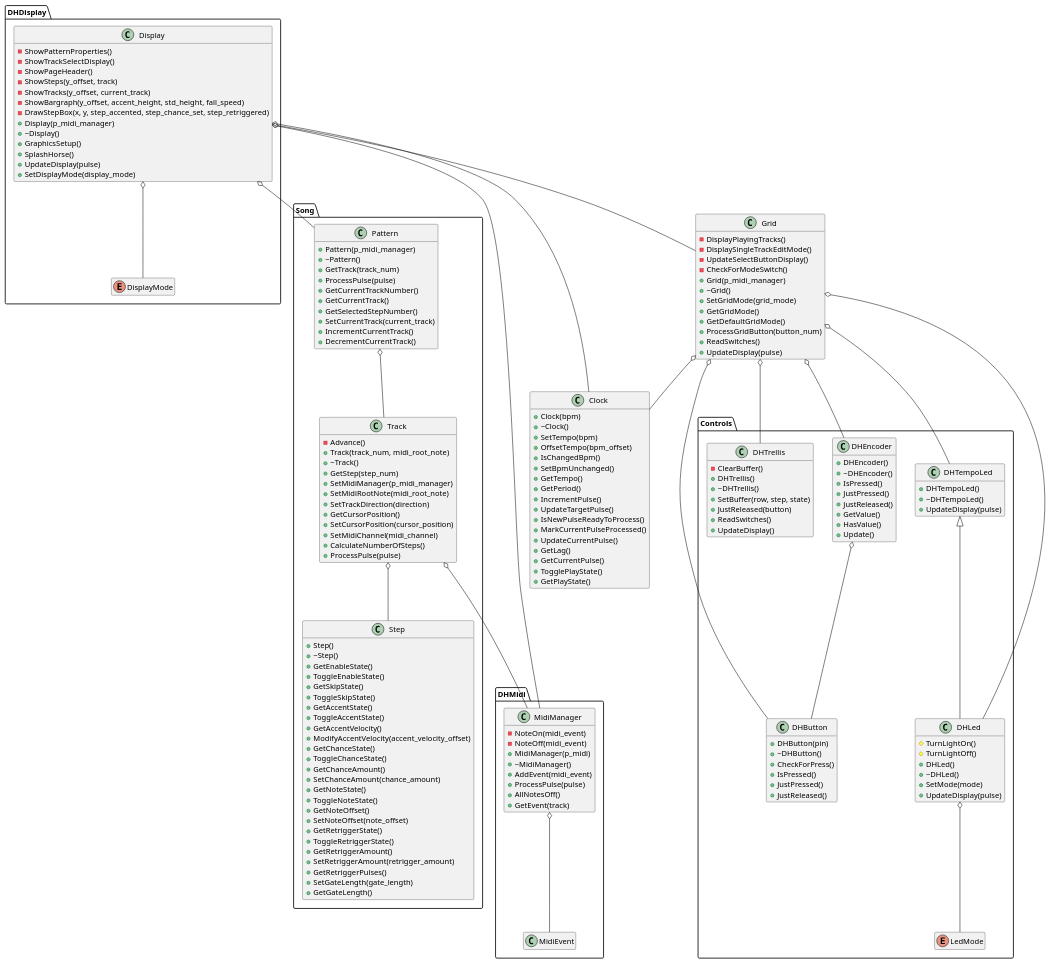
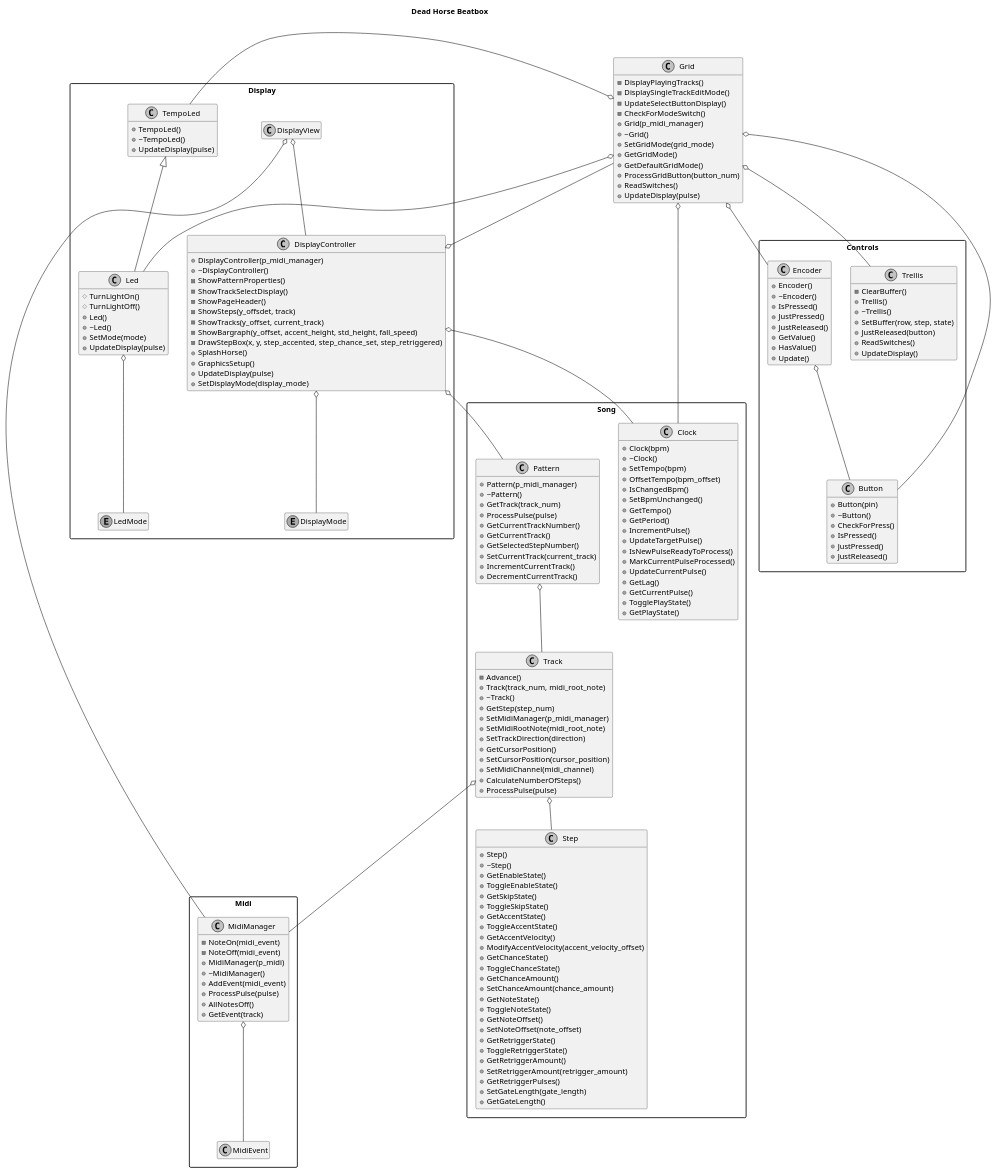
The diagram in documentation/DeadHorse.wsd (jsiemasko/DeadHorseBeatBox), drawn with PlantUML before and after one commit. The commit also changed 31 other files, not shown here.

```diff
--- a/documentation/DeadHorse.wsd
+++ b/documentation/DeadHorse.wsd
@@ -1,179 +1,187 @@
-@startuml
+@startuml Dead Horse Beatbox
+Title "Dead Horse Beatbox"
 hide empty members
+skinparam monochrome true
+skinparam packageStyle rect
+skinparam defaultFontName FG Virgil
+skinparam shadowing false
 
-enum Controls.LedMode
-enum DHDisplay.DisplayMode
-class Controls.DHButton{
-    +DHButton(pin)
-    +~DHButton()
+enum Display.LedMode
+enum Display.DisplayMode
+class Controls.Button{
+    +Button(pin)
+    +~Button()
     +CheckForPress()
     +IsPressed()
     +JustPressed()
     +JustReleased()
 }
-class Controls.DHEncoder{
-    +DHEncoder()
-    +~DHEncoder()
+class Controls.Encoder{
+    +Encoder()
+    +~Encoder()
     +IsPressed()
     +JustPressed()
     +JustReleased()
     +GetValue()
     +HasValue()
     +Update()
 }
-class Controls.DHLed{
+class Display.Led{
     #TurnLightOn()
     #TurnLightOff()
-    +DHLed()
-    +~DHLed()
+    +Led()
+    +~Led()
     +SetMode(mode)
     +UpdateDisplay(pulse)
 }
-class Controls.DHTempoLed{
-    +DHTempoLed()
-    +~DHTempoLed()
+class Display.TempoLed{
+    +TempoLed()
+    +~TempoLed()
     +UpdateDisplay(pulse)
 }
-class Controls.DHTrellis{
+class Controls.Trellis{
     -ClearBuffer()
-    +DHTrellis()
-    +~DHTrellis()
+    +Trellis()
+    +~Trellis()
     +SetBuffer(row, step, state)
     +JustReleased(button)
     +ReadSwitches()
     +UpdateDisplay()
 }
-class Clock{
+class Song.Clock{
     +Clock(bpm)
     +~Clock()
     +SetTempo(bpm)
     +OffsetTempo(bpm_offset)
     +IsChangedBpm()
     +SetBpmUnchanged()
     +GetTempo()
     +GetPeriod()
     +IncrementPulse()
     +UpdateTargetPulse()
 	+IsNewPulseReadyToProcess()
 	+MarkCurrentPulseProcessed()
 	+UpdateCurrentPulse()
 	+GetLag()
 	+GetCurrentPulse()
 	+TogglePlayState()
 	+GetPlayState()
 }
-class DHDisplay.Display{
+class Display.DisplayView{
+}
+class Display.DisplayController{
+    +DisplayController(p_midi_manager)
+    +~DisplayController()
     -ShowPatternProperties()
     -ShowTrackSelectDisplay()
     -ShowPageHeader()
-    -ShowSteps(y_offset, track)
+    -ShowSteps(y_offsdet, track)
     -ShowTracks(y_offset, current_track)
     -ShowBargraph(y_offset, accent_height, std_height, fall_speed)
     -DrawStepBox(x, y, step_accented, step_chance_set, step_retriggered)
-    +Display(p_midi_manager)
-    +~Display()
+    +SplashHorse()
     +GraphicsSetup()
-    +SplashHorse()
     +UpdateDisplay(pulse)
     +SetDisplayMode(display_mode)
 }
 class Grid{
     -DisplayPlayingTracks()
 	-DisplaySingleTrackEditMode()
 	-UpdateSelectButtonDisplay()
 	-CheckForModeSwitch()
 	+Grid(p_midi_manager)
 	+~Grid()
 	+SetGridMode(grid_mode)
 	+GetGridMode()
 	+GetDefaultGridMode()
 	+ProcessGridButton(button_num)
 	+ReadSwitches()
 	+UpdateDisplay(pulse)
 }
-class DHMidi.MidiManager{
+class Midi.MidiManager{
     -NoteOn(midi_event)
     -NoteOff(midi_event)
     +MidiManager(p_midi)
 	+~MidiManager()
 	+AddEvent(midi_event)
 	+ProcessPulse(pulse)
 	+AllNotesOff()
 	+GetEvent(track)
 
 }
-Class DHMidi.MidiEvent
+Class Midi.MidiEvent
 Class Song.Pattern{
     +Pattern(p_midi_manager)
 	+~Pattern()
     +GetTrack(track_num)
     +ProcessPulse(pulse)
     +GetCurrentTrackNumber()
 	+GetCurrentTrack()
 	+GetSelectedStepNumber()
 	+SetCurrentTrack(current_track)
 	+IncrementCurrentTrack()
 	+DecrementCurrentTrack()
 }
 Class Song.Step{
     +Step()
 	+~Step()
 	+GetEnableState()
 	+ToggleEnableState()
     +GetSkipState()
     +ToggleSkipState()
 	+GetAccentState()
 	+ToggleAccentState()
 	+GetAccentVelocity()
 	+ModifyAccentVelocity(accent_velocity_offset)
 	+GetChanceState()
 	+ToggleChanceState()
 	+GetChanceAmount()
 	+SetChanceAmount(chance_amount)
 	+GetNoteState()
 	+ToggleNoteState()
 	+GetNoteOffset()
 	+SetNoteOffset(note_offset)
 	+GetRetriggerState()
 	+ToggleRetriggerState()
 	+GetRetriggerAmount()
 	+SetRetriggerAmount(retrigger_amount)
 	+GetRetriggerPulses()
     +SetGateLength(gate_length)
 	+GetGateLength()
 }
 Class Song.Track{
     -Advance()
     +Track(track_num, midi_root_note)
 	+~Track()
     +GetStep(step_num)
 	+SetMidiManager(p_midi_manager)
 	+SetMidiRootNote(midi_root_note)
 	+SetTrackDirection(direction)
 	+GetCursorPosition()
 	+SetCursorPosition(cursor_position)
 	+SetMidiChannel(midi_channel)
 	+CalculateNumberOfSteps()
 	+ ProcessPulse(pulse)
 }
 
-Controls.DHEncoder o-- Controls.DHButton
-Controls.DHTempoLed <|-- Controls.DHLed
-DHDisplay.Display o-- DHMidi.MidiManager
-DHDisplay.Display o-- Song.Pattern
-DHDisplay.Display o-- Clock
-DHDisplay.Display o-- Grid
+Controls.Encoder o-- Controls.Button
+Display.TempoLed <|-- Display.Led
+Display.DisplayView o-- Midi.MidiManager
+Display.DisplayController o-- Song.Pattern
+Display.DisplayController o-- Song.Clock
+Display.DisplayController o-- Grid
 Song.Pattern o-- Song.Track
 Song.Track o-- Song.Step
-Song.Track o-- DHMidi.MidiManager
-Grid o-- Controls.DHTempoLed
-Grid o-- Controls.DHLed
-Grid o-- Controls.DHButton
-Grid o-- Controls.DHEncoder
-Grid o-- Controls.DHTrellis
-Grid o-- Clock
-DHMidi.MidiManager o-- DHMidi.MidiEvent
-Controls.DHLed o-- Controls.LedMode
-DHDisplay.Display o-- DHDisplay.DisplayMode
+Song.Track o-- Midi.MidiManager
+Grid o-- Display.TempoLed
+Grid o-- Display.Led
+Grid o-- Controls.Button
+Grid o-- Controls.Encoder
+Grid o-- Controls.Trellis
+Grid o-- Song.Clock
+Midi.MidiManager o-- Midi.MidiEvent
+Display.Led o-- Display.LedMode
+Display.DisplayController o-- Display.DisplayMode
+Display.DisplayView o-- Display.DisplayController
 
 @enduml
```
